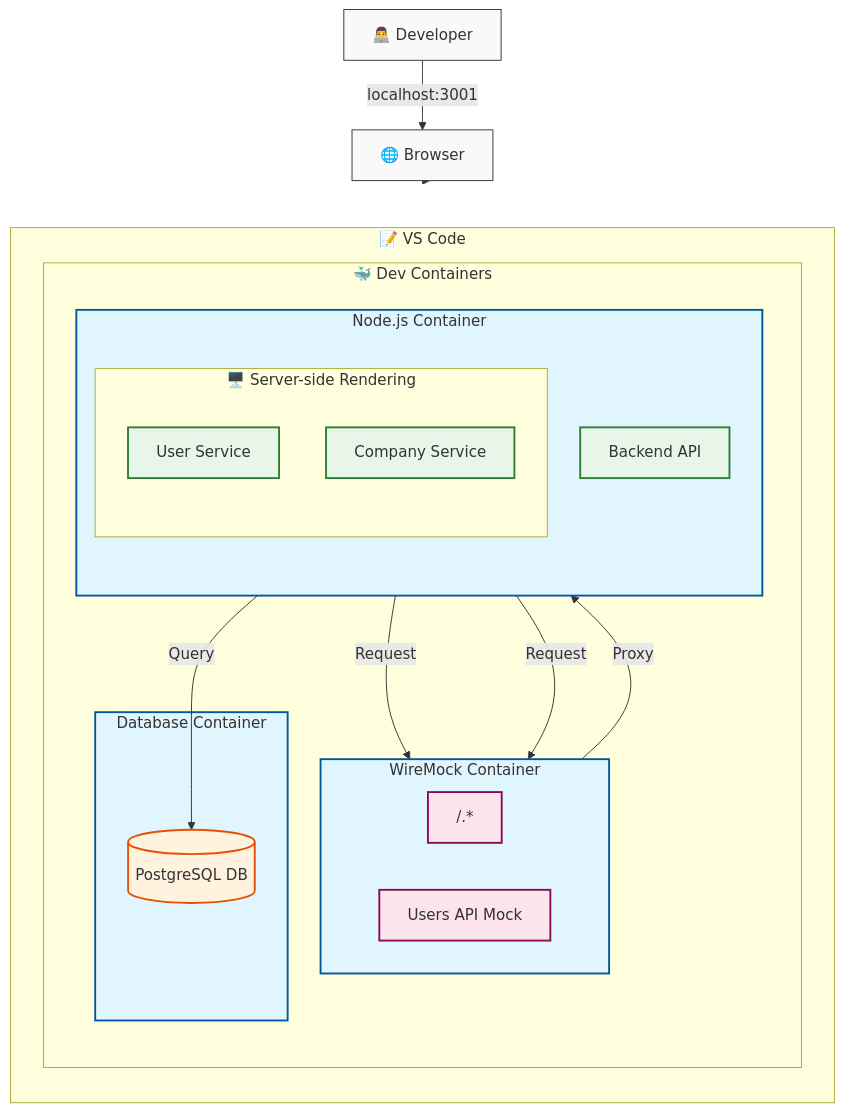
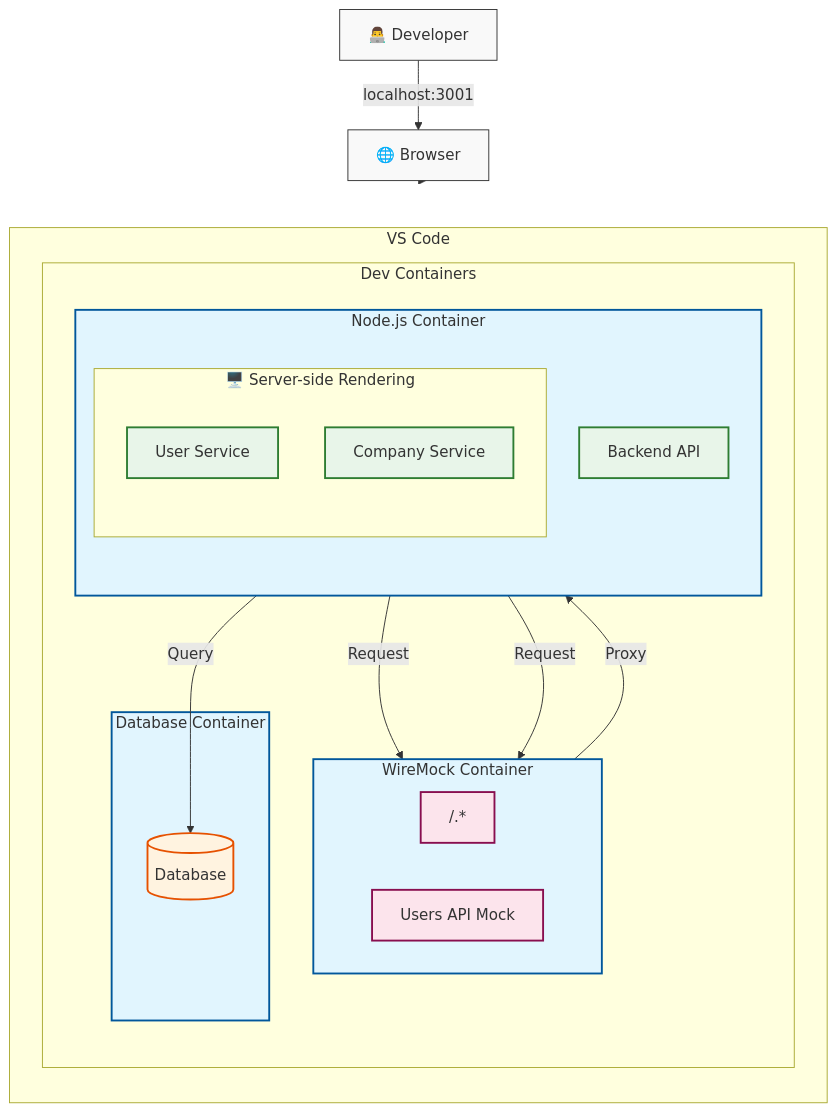
The first of 2 diagrams in articles/812a65cf883b98.md (danny-yamamoto/zenn-docs), drawn with Mermaid before and after one commit. The commit also changed other lines of this file, not shown here.

````diff
--- a/articles/812a65cf883b98.md
+++ b/articles/812a65cf883b98.md
@@ -25,59 +25,59 @@
 ```mermaid
 flowchart TD
     %% メインコンポーネント
     browser["🌐 Browser"]
     developer["👨‍💻 Developer"]
 
     %% VS Code環境のサブグラフ
-    subgraph ide ["📝 VS Code"]
+    subgraph ide ["VS Code"]
         direction TB
         
         %% Dev Containersのサブグラフ
-        subgraph devcon ["🐳 Dev Containers"]
+        subgraph devcon ["Dev Containers"]
             direction TB
             
             %% WireMockコンテナ
             subgraph docker_mock ["WireMock Container"]
                 direction LR
                 any["/.*"]
                 users["Users API Mock"]
             end
             
             %% データベースコンテナ
             subgraph docker_db ["Database Container"]
-                db[(PostgreSQL DB)]
+                db[(Database)]
             end
             
             %% モノレポコンテナ
             subgraph docker_monorepo ["Node.js Container"]
                 direction TB
                 subgraph render ["🖥️ Server-side Rendering"]
                     user["User Service"]
                     company["Company Service"]
                 end
                 api["Backend API"]
             end
         end
     end
 
     %% フロー定義
     developer -->|"localhost:3001"| browser
     browser --> render
     user -->|"Request"| users
     company -->|"Request"| any
     any -->|"Proxy"| api
     api -->|"Query"| db
 
     %% スタイル定義
     classDef default fill:#f9f9f9,stroke:#333,stroke-width:1px
     classDef container fill:#e1f5fe,stroke:#01579b,stroke-width:2px
     classDef service fill:#e8f5e9,stroke:#2e7d32,stroke-width:2px
     classDef database fill:#fff3e0,stroke:#e65100,stroke-width:2px
     classDef mock fill:#fce4ec,stroke:#880e4f,stroke-width:2px
     
     %% スタイル適用
     class docker_mock,docker_db,docker_monorepo container
     class user,company,api service
     class db database
     class users,any mock
 ```
````
